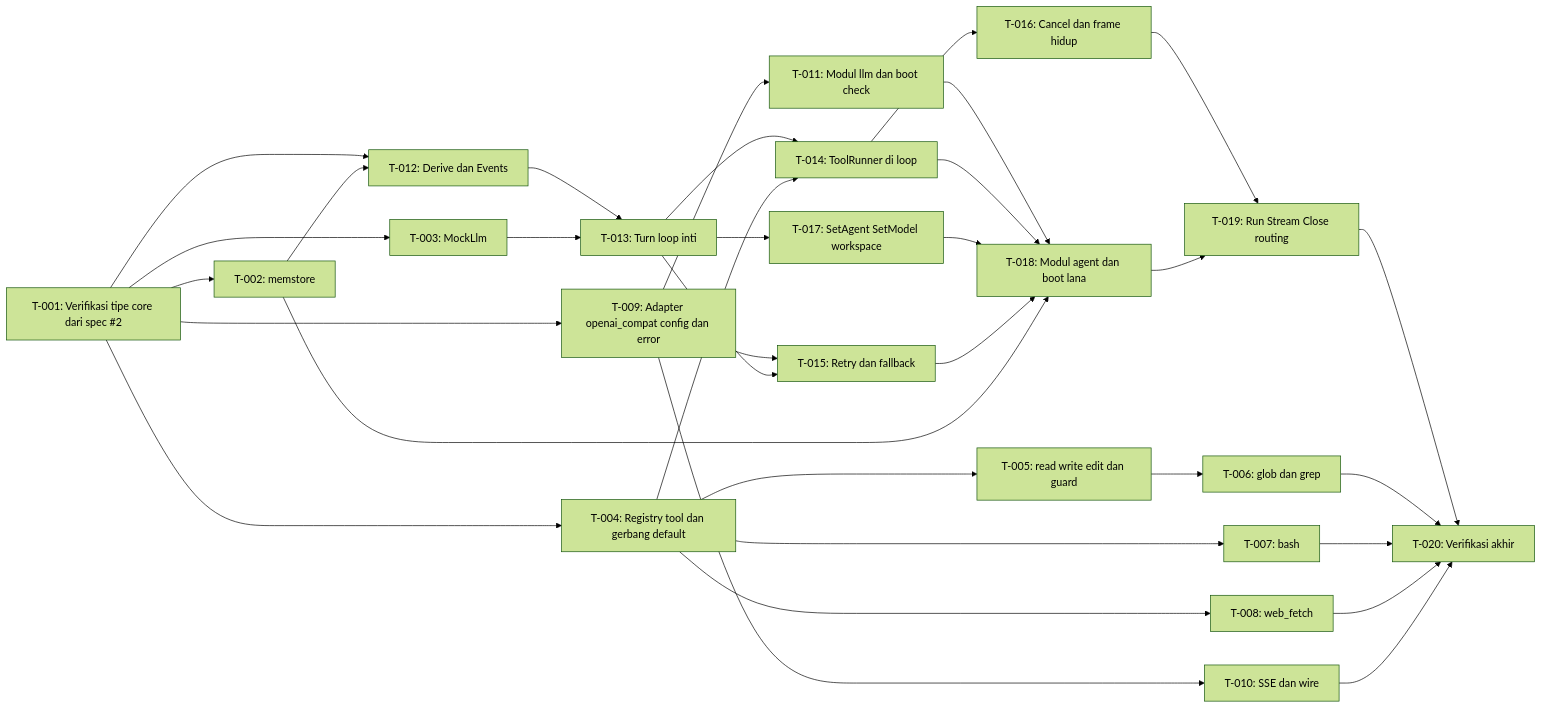
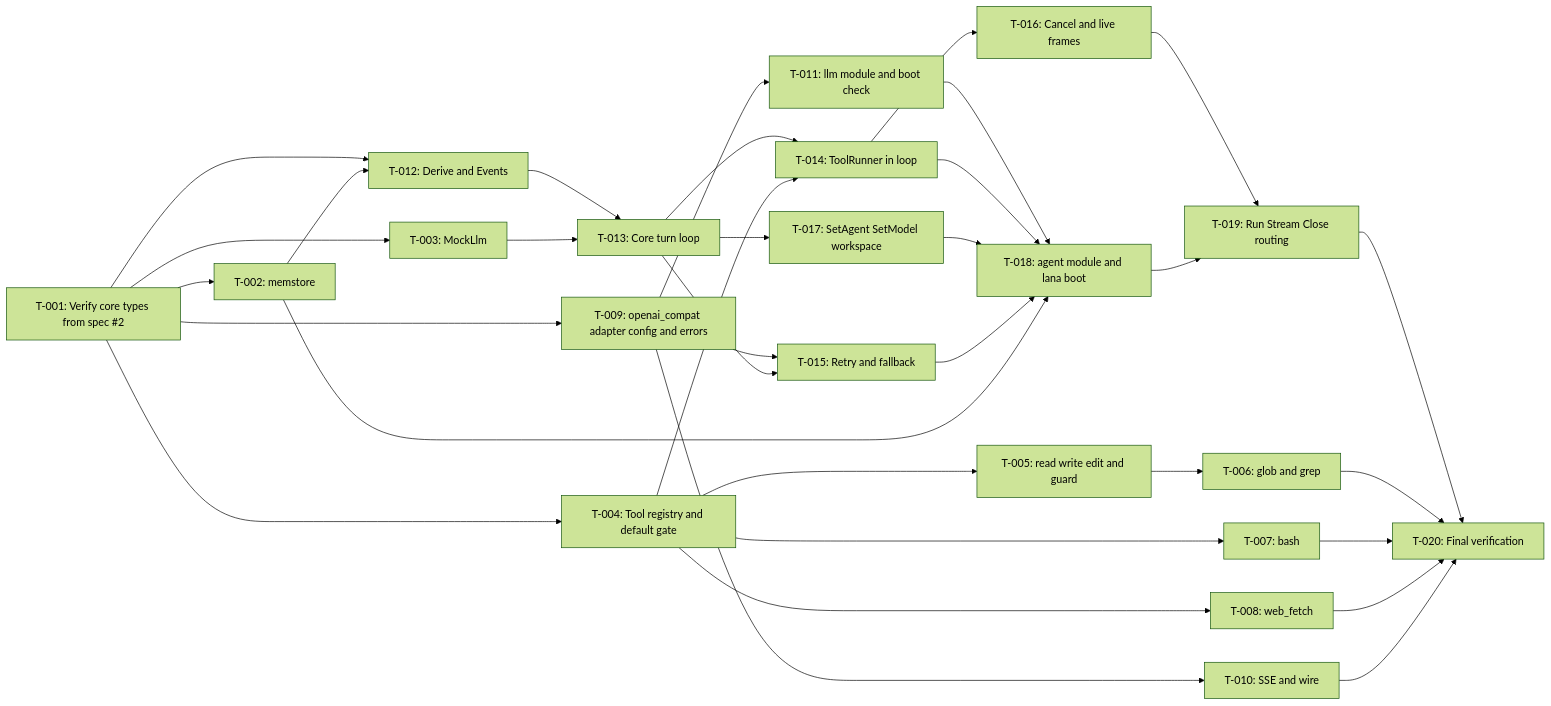
One commit to ridhomujizat/lana-harness changed the diagram in docs/specs/3-agent-loop/tasks.md. Above: the diagram before and after it, drawn with Mermaid (forest theme). The commit also changed other lines of this file and 172 other files, not shown here.

````diff
--- a/docs/specs/3-agent-loop/tasks.md
+++ b/docs/specs/3-agent-loop/tasks.md
@@ -71,35 +71,35 @@
 ```mermaid
 flowchart LR
-  T1["T-001: Verifikasi tipe core dari spec #2"] --> T2["T-002: memstore"]
+  T1["T-001: Verify core types from spec #2"] --> T2["T-002: memstore"]
   T1 --> T3["T-003: MockLlm"]
-  T1 --> T4["T-004: Registry tool dan gerbang default"]
-  T1 --> T9["T-009: Adapter openai_compat config dan error"]
-  T1 --> T12["T-012: Derive dan Events"]
-  T4 --> T5["T-005: read write edit dan guard"]
-  T5 --> T6["T-006: glob dan grep"]
+  T1 --> T4["T-004: Tool registry and default gate"]
+  T1 --> T9["T-009: openai_compat adapter config and errors"]
+  T1 --> T12["T-012: Derive and Events"]
+  T4 --> T5["T-005: read write edit and guard"]
+  T5 --> T6["T-006: glob and grep"]
   T4 --> T7["T-007: bash"]
   T4 --> T8["T-008: web_fetch"]
-  T9 --> T10["T-010: SSE dan wire"]
-  T9 --> T11["T-011: Modul llm dan boot check"]
-  T9 --> T15["T-015: Retry dan fallback"]
+  T9 --> T10["T-010: SSE and wire"]
+  T9 --> T11["T-011: llm module and boot check"]
+  T9 --> T15["T-015: Retry and fallback"]
   T2 --> T12
-  T12 --> T13["T-013: Turn loop inti"]
+  T12 --> T13["T-013: Core turn loop"]
   T3 --> T13
-  T13 --> T14["T-014: ToolRunner di loop"]
+  T13 --> T14["T-014: ToolRunner in loop"]
   T4 --> T14
   T13 --> T15
-  T14 --> T16["T-016: Cancel dan frame hidup"]
+  T14 --> T16["T-016: Cancel and live frames"]
   T13 --> T17["T-017: SetAgent SetModel workspace"]
-  T11 --> T18["T-018: Modul agent dan boot lana"]
+  T11 --> T18["T-018: agent module and lana boot"]
   T14 --> T18
   T17 --> T18
   T15 --> T18
   T2 --> T18
   T16 --> T19["T-019: Run Stream Close routing"]
   T18 --> T19
-  T19 --> T20["T-020: Verifikasi akhir"]
+  T19 --> T20["T-020: Final verification"]
   T6 --> T20
   T7 --> T20
   T8 --> T20
   T10 --> T20
 ```
````
